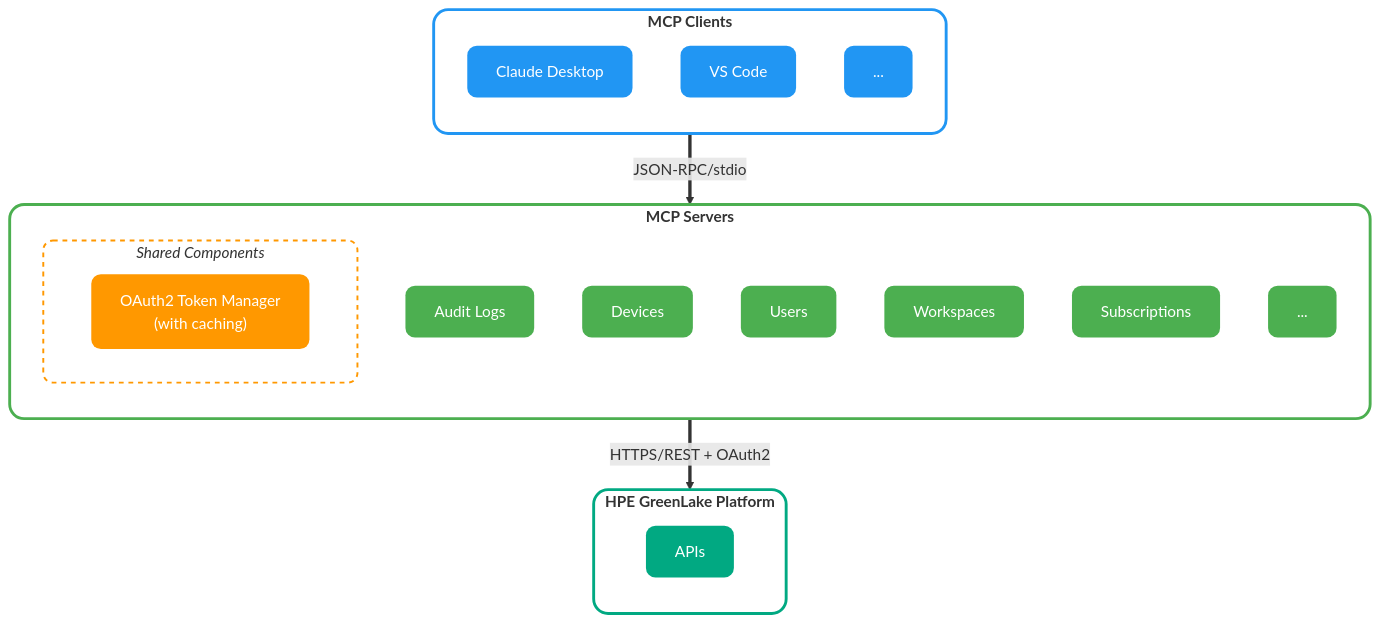
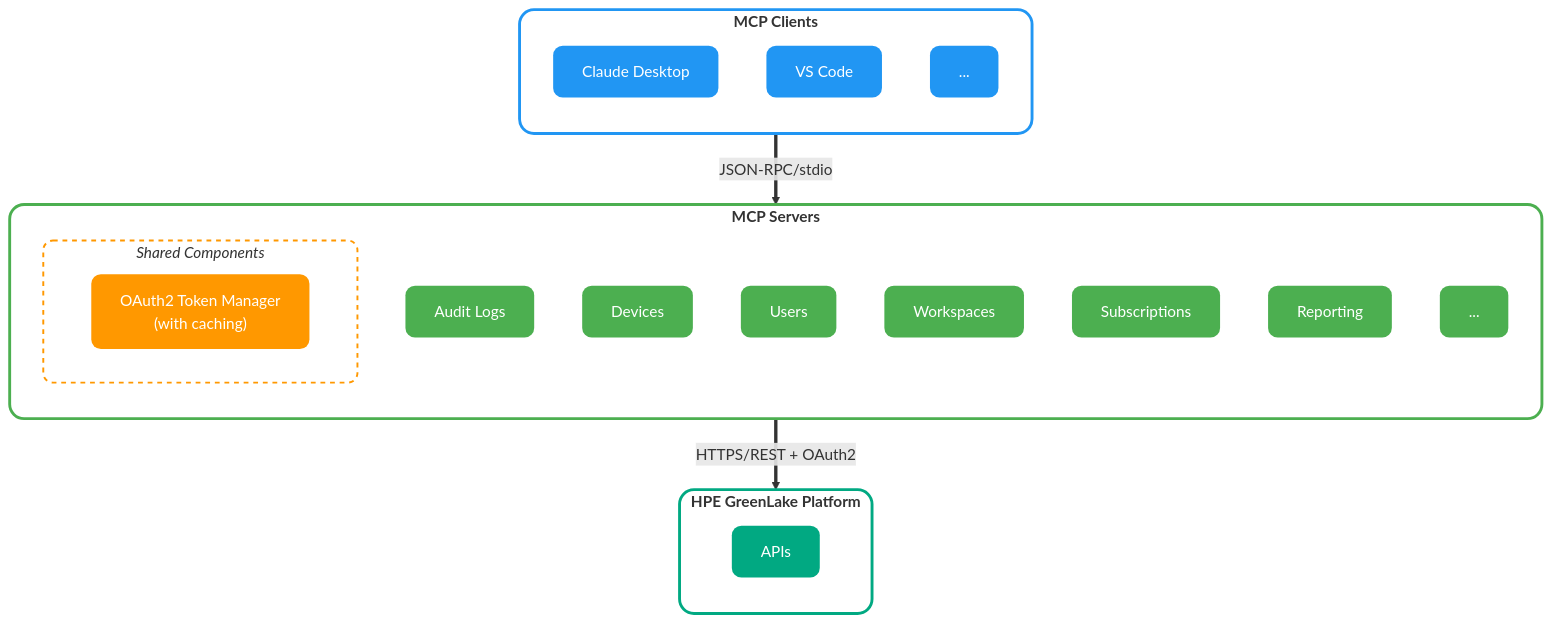
The diagram in README.md (HewlettPackard/gl-mcp), drawn with Mermaid before and after one commit. The commit also changed other lines of this file, not shown here.

Commit message:
Update services table format, add reporting

````diff
--- a/README.md
+++ b/README.md
@@ -218,50 +167,51 @@
 ```mermaid
 flowchart TB
     subgraph clients["<b> MCP Clients </b>"]
         direction TB
         claude["Claude Desktop"]
         vscode["VS Code"]
         other["..."]
     end
 
     subgraph servers["<b> MCP Servers </b>"]
         direction TB
         audit["Audit Logs"]
         devices["Devices"]
         users["Users"]
         workspaces["Workspaces"]
         subscriptions["Subscriptions"]
+        reporting["Reporting"]
         serviceX["..."]
         
         subgraph shared["<i> Shared Components </i>"]
             direction LR
             oauth["OAuth2 Token Manager<br/>(with caching)"]
         end
     end
 
     subgraph platform["<b>&nbsp; HPE GreenLake Platform &nbsp;</b>"]
         direction TB
         api["APIs"]
     end
 
     clients ==>|JSON-RPC/stdio| servers
     servers ==>|HTTPS/REST + OAuth2| platform
 
     classDef clientStyle fill:#2196F3,stroke:none,color:#fff,rx:10,ry:10
     classDef serverStyle fill:#4CAF50,stroke:none,color:#fff,rx:10,ry:10
     classDef authStyle fill:#FF9800,stroke:none,color:#fff,rx:10,ry:10
     classDef platformStyle fill:#01a982,stroke:none,color:#fff,rx:10,ry:10
     classDef clientContainerStyle fill:none,stroke:#2196F3,stroke-width:3px,rx:15,ry:15
     classDef serverContainerStyle fill:none,stroke:#4CAF50,stroke-width:3px,rx:15,ry:15
     classDef authContainerStyle fill:none,stroke:#FF9800,stroke-width:2px,stroke-dasharray:5 5,rx:10,ry:10
     classDef platformContainerStyle fill:none,stroke:#01a982,stroke-width:3px,rx:15,ry:15
     
     class claude,vscode,other clientStyle
-    class audit,devices,users,workspaces,subscriptions,serviceX serverStyle
+    class audit,devices,users,workspaces,subscriptions,reporting,serviceX serverStyle
     class oauth authStyle
     class api platformStyle
     class clients clientContainerStyle
     class servers serverContainerStyle
     class shared authContainerStyle
     class platform platformContainerStyle
 ```
````
